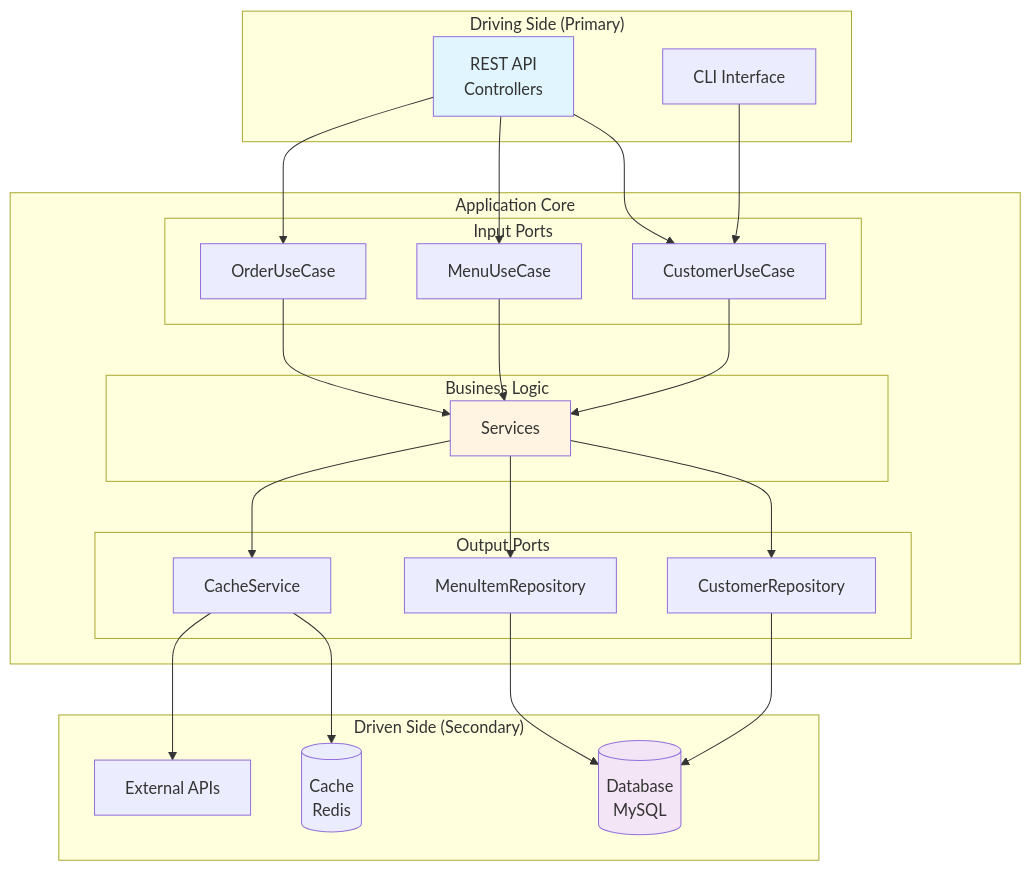
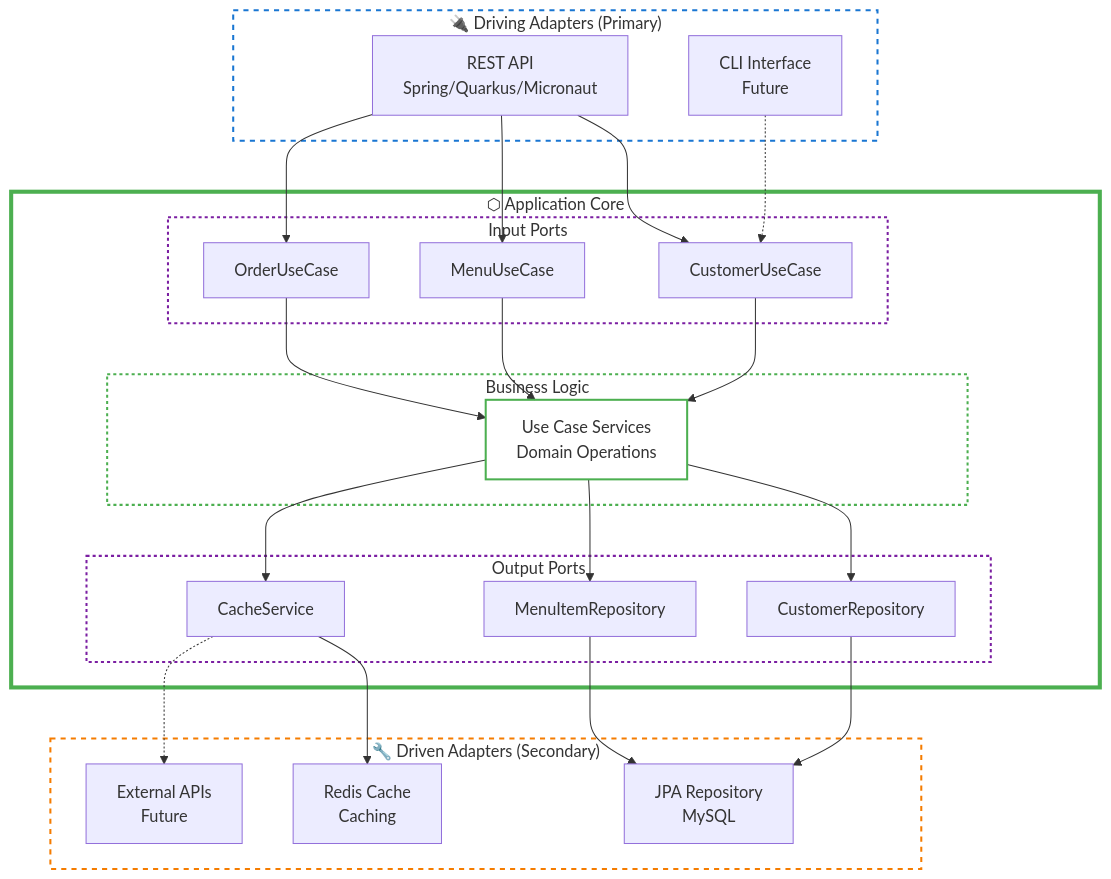
Before and after one commit to leandro-yamaniha/java-hexagonal: the fourth of 11 diagrams in docs/backend/ARCHITECTURE_DIAGRAMS.md, drawn with Mermaid. The commit also changed other lines of this file and 6 other files, not shown here.

Commit message:
docs: add frontend Angular documentation and architecture diagrams

````diff
--- a/docs/backend/ARCHITECTURE_DIAGRAMS.md
+++ b/docs/backend/ARCHITECTURE_DIAGRAMS.md
@@ -144,53 +160,50 @@
 ```mermaid
-graph TB
-    subgraph "Driving Side (Primary)"
-        REST[REST API<br/>Controllers]
-        CLI[CLI Interface]
+flowchart TB
+    subgraph Driving["🔌 Driving Adapters (Primary)"]
+        REST[REST API<br/>Spring/Quarkus/Micronaut]
+        CLI[CLI Interface<br/>Future]
     end
     
-    subgraph "Application Core"
-        subgraph "Input Ports"
+    subgraph Core["⬡ Application Core"]
+        subgraph InputPorts["Input Ports"]
             IP1[CustomerUseCase]
             IP2[MenuUseCase]
             IP3[OrderUseCase]
         end
         
-        subgraph "Business Logic"
-            BL[Services]
+        subgraph Business["Business Logic"]
+            BL[Use Case Services<br/>Domain Operations]
         end
         
-        subgraph "Output Ports"
+        subgraph OutputPorts["Output Ports"]
             OP1[CustomerRepository]
             OP2[MenuItemRepository]
             OP3[CacheService]
         end
     end
     
-    subgraph "Driven Side (Secondary)"
-        DB[(Database<br/>MySQL)]
-        CACHE[(Cache<br/>Redis)]
-        EXT[External APIs]
+    subgraph Driven["🔧 Driven Adapters (Secondary)"]
+        DB[JPA Repository<br/>MySQL]
+        CACHE[Redis Cache<br/>Caching]
+        EXT[External APIs<br/>Future]
     end
     
-    REST --> IP1
-    REST --> IP2
-    REST --> IP3
-    CLI --> IP1
+    REST --> IP1 & IP2 & IP3
+    CLI -.-> IP1
     
-    IP1 --> BL
-    IP2 --> BL
-    IP3 --> BL
+    IP1 & IP2 & IP3 --> BL
     
-    BL --> OP1
-    BL --> OP2
-    BL --> OP3
+    BL --> OP1 & OP2 & OP3
     
-    OP1 --> DB
-    OP2 --> DB
+    OP1 & OP2 --> DB
     OP3 --> CACHE
-    OP3 --> EXT
+    OP3 -.-> EXT
     
-    style BL fill:#fff4e1
-    style REST fill:#e1f5ff
-    style DB fill:#f3e5f5
+    style Driving fill:none,stroke:#1976D2,stroke-width:2px,stroke-dasharray: 5 5
+    style Core fill:none,stroke:#4caf50,stroke-width:4px
+    style Driven fill:none,stroke:#F57C00,stroke-width:2px,stroke-dasharray: 5 5
+    style InputPorts fill:none,stroke:#7B1FA2,stroke-width:2px,stroke-dasharray: 3 3
+    style Business fill:none,stroke:#4caf50,stroke-width:2px,stroke-dasharray: 3 3
+    style OutputPorts fill:none,stroke:#7B1FA2,stroke-width:2px,stroke-dasharray: 3 3
+    style BL fill:none,stroke:#4caf50,stroke-width:2px
 ```
````
